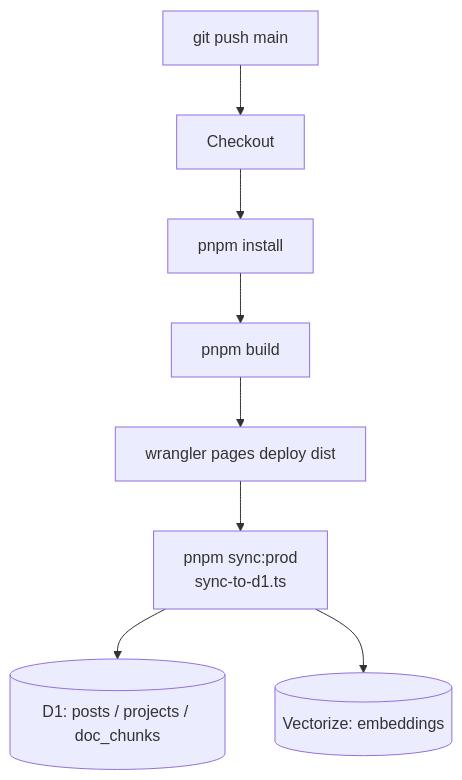
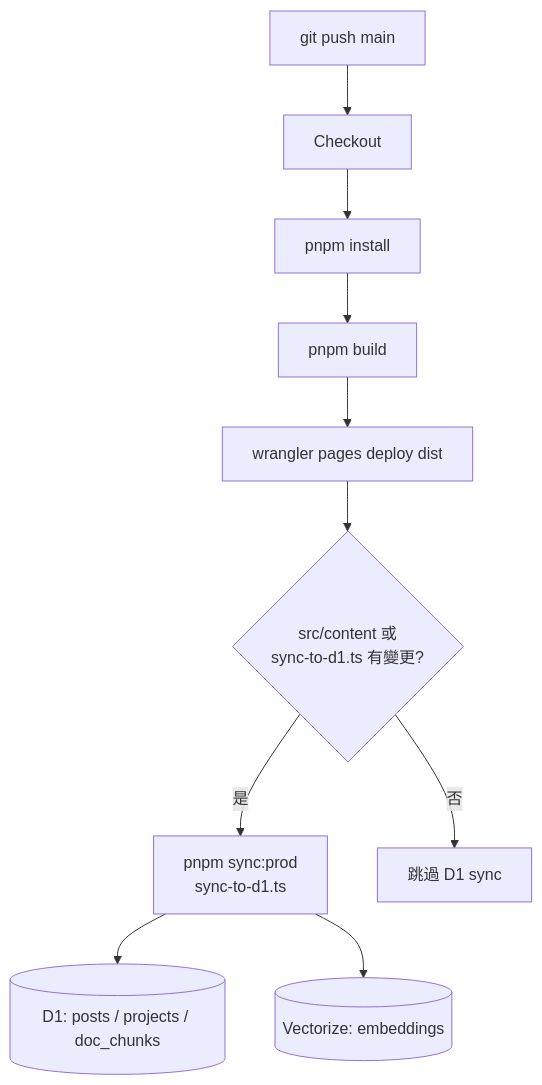
The first of 3 diagrams in docs/deployment.md (a920604a/engineernews), drawn with Mermaid before and after one commit. The commit also changed other lines of this file and 31 other files, not shown here.

````diff
--- a/docs/deployment.md
+++ b/docs/deployment.md
@@ -7,10 +7,12 @@
 ```mermaid
 flowchart TD
   Push[git push main] --> Checkout
   Checkout --> Install[pnpm install]
   Install --> Build[pnpm build]
   Build --> Deploy[wrangler pages deploy dist]
-  Deploy --> Sync[pnpm sync:prod\nsync-to-d1.ts]
+  Deploy --> Changed{src/content 或\nsync-to-d1.ts 有變更?}
+  Changed -- 是 --> Sync[pnpm sync:prod\nsync-to-d1.ts]
+  Changed -- 否 --> End[跳過 D1 sync]
   Sync --> D1[(D1: posts / projects / doc_chunks)]
   Sync --> Vec[(Vectorize: embeddings)]
 ```
````
